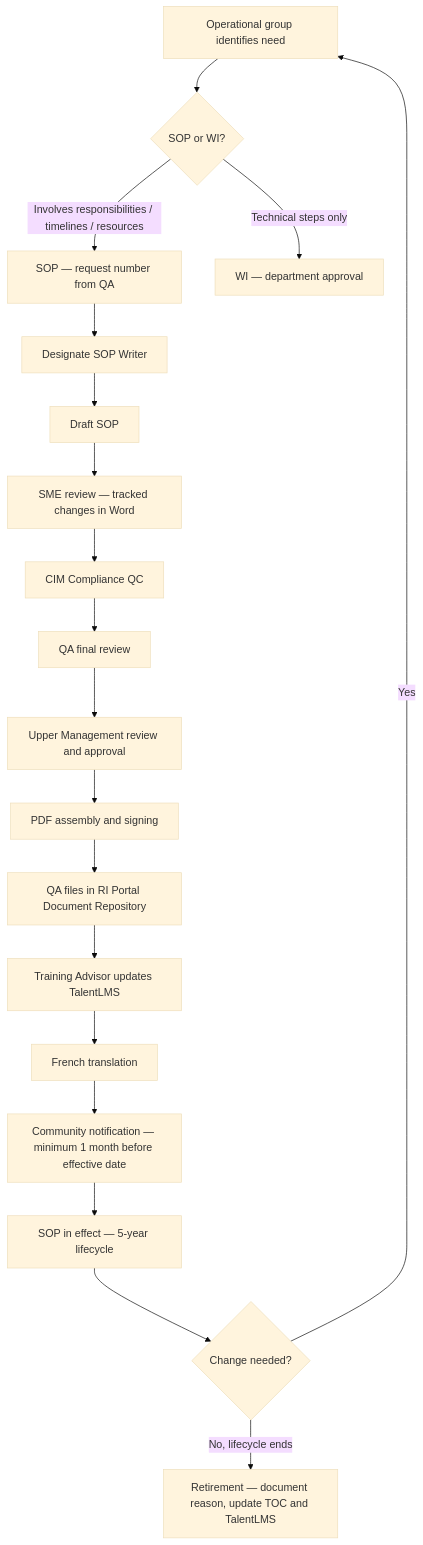
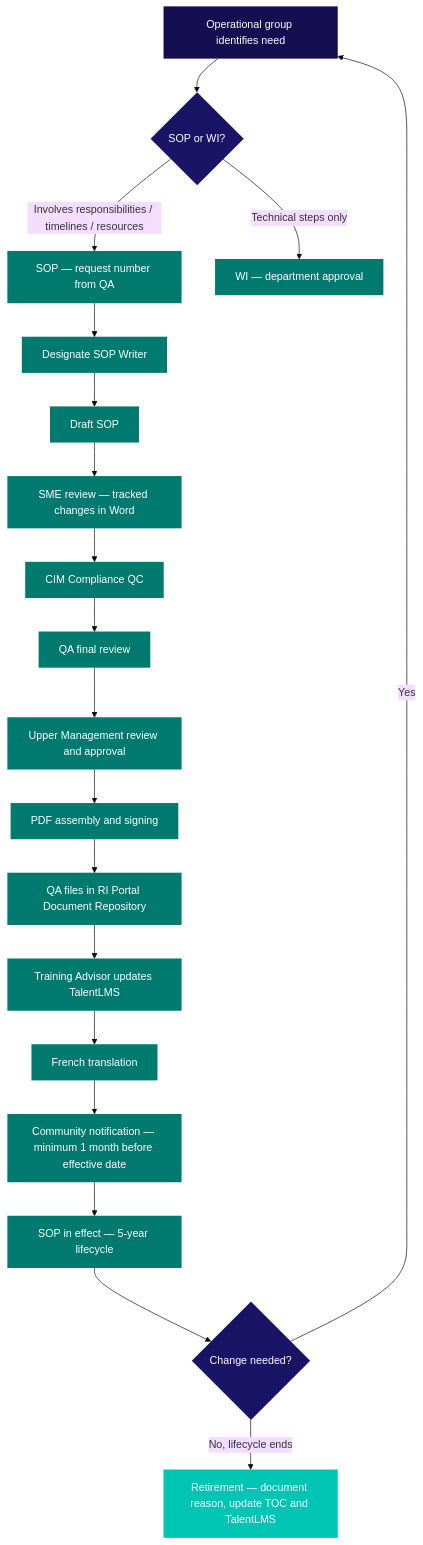
One commit to matthewfiorentino/docs changed the diagram in sops/cr-001.mdx. Above: the diagram before and after it, drawn with Mermaid (base theme). The commit also changed 14 other files, not shown here.

````diff
--- a/sops/cr-001.mdx
+++ b/sops/cr-001.mdx
@@ -51,21 +51,40 @@
 ```mermaid
 flowchart TD
     A[Operational group identifies need] --> B{SOP or WI?}
     B -->|Involves responsibilities / timelines / resources| C[SOP — request number from QA]
     B -->|Technical steps only| D[WI — department approval]
     C --> E[Designate SOP Writer]
     E --> F[Draft SOP]
     F --> G[SME review — tracked changes in Word]
     G --> H[CIM Compliance QC]
     H --> I[QA final review]
     I --> J[Upper Management review and approval]
     J --> K[PDF assembly and signing]
     K --> L[QA files in RI Portal Document Repository]
     L --> M[Training Advisor updates TalentLMS]
     M --> N[French translation]
     N --> O[Community notification — minimum 1 month before effective date]
     O --> P[SOP in effect — 5-year lifecycle]
     P --> Q{Change needed?}
     Q -->|Yes| A
     Q -->|No, lifecycle ends| R[Retirement — document reason, update TOC and TalentLMS]
+
+    style A  fill:#150e51,color:#fff,stroke:none
+    style B  fill:#1a1466,color:#fff,stroke:none
+    style C  fill:#007a6e,color:#fff,stroke:none
+    style D  fill:#007a6e,color:#fff,stroke:none
+    style E  fill:#007a6e,color:#fff,stroke:none
+    style F  fill:#007a6e,color:#fff,stroke:none
+    style G  fill:#007a6e,color:#fff,stroke:none
+    style H  fill:#007a6e,color:#fff,stroke:none
+    style I  fill:#007a6e,color:#fff,stroke:none
+    style J  fill:#007a6e,color:#fff,stroke:none
+    style K  fill:#007a6e,color:#fff,stroke:none
+    style L  fill:#007a6e,color:#fff,stroke:none
+    style M  fill:#007a6e,color:#fff,stroke:none
+    style N  fill:#007a6e,color:#fff,stroke:none
+    style O  fill:#007a6e,color:#fff,stroke:none
+    style P  fill:#007a6e,color:#fff,stroke:none
+    style Q  fill:#1a1466,color:#fff,stroke:none
+    style R  fill:#00c4b4,color:#fff,stroke:none
 ```
````
